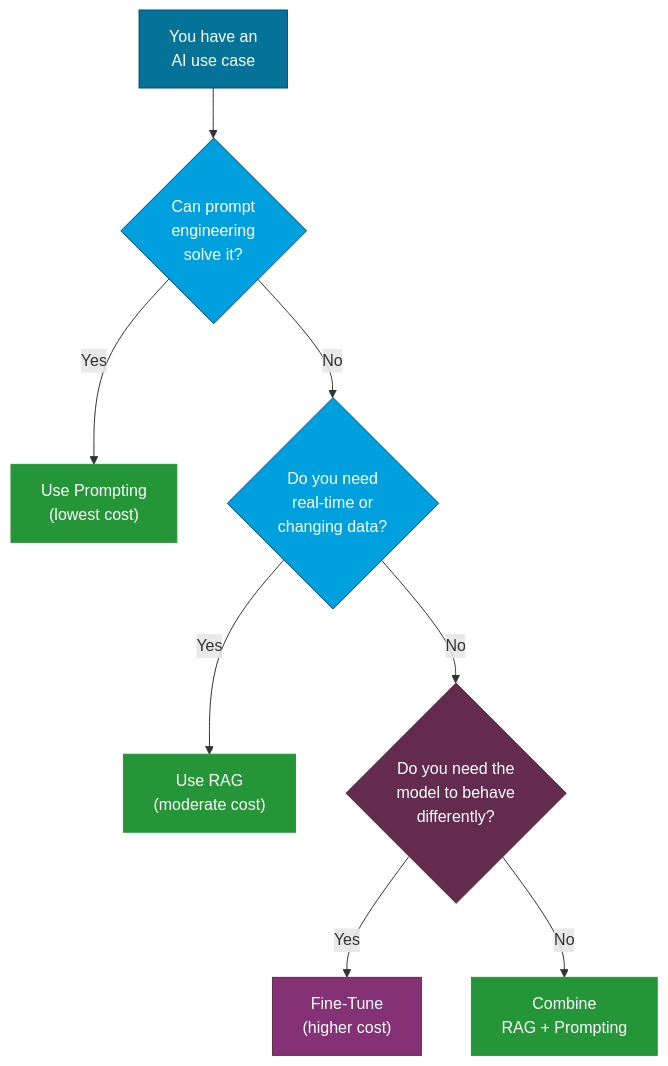
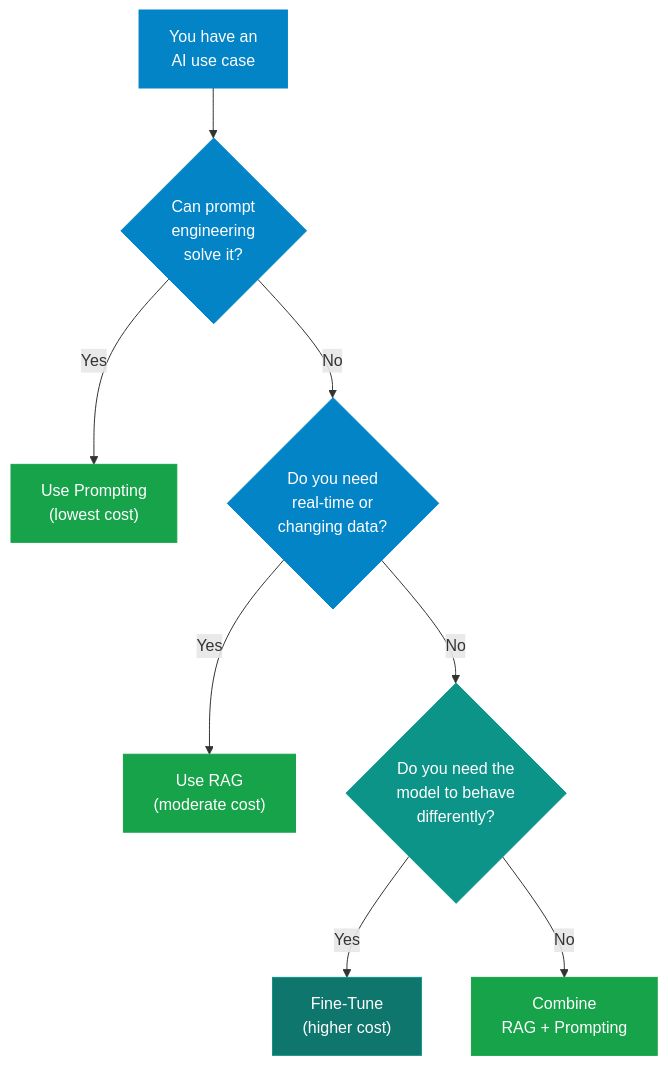
Before and after one commit to nitin27may/ai-resources: the first of 2 diagrams in docs/concepts/fine-tuning-and-training.md, drawn with Mermaid. The commit also changed other lines of this file and 84 other files, not shown here.

````diff
--- a/docs/concepts/fine-tuning-and-training.md
+++ b/docs/concepts/fine-tuning-and-training.md
@@ -18,19 +23,19 @@
 ```mermaid
 graph TD
-    A["You have an\nAI use case"] --> B{"Can prompt\nengineering\nsolve it?"}
-    B -->|"Yes"| C["Use Prompting\n(lowest cost)"]
-    B -->|"No"| D{"Do you need\nreal-time or\nchanging data?"}
-    D -->|"Yes"| E["Use RAG\n(moderate cost)"]
-    D -->|"No"| F{"Do you need the\nmodel to behave\ndifferently?"}
-    F -->|"Yes"| G["Fine-Tune\n(higher cost)"]
-    F -->|"No"| H["Combine\nRAG + Prompting"]
+    A["You have an<br/>AI use case"] --> B{"Can prompt<br/>engineering<br/>solve it?"}
+    B -->|"Yes"| C["Use Prompting<br/>(lowest cost)"]
+    B -->|"No"| D{"Do you need<br/>real-time or<br/>changing data?"}
+    D -->|"Yes"| E["Use RAG<br/>(moderate cost)"]
+    D -->|"No"| F{"Do you need the<br/>model to behave<br/>differently?"}
+    F -->|"Yes"| G["Fine-Tune<br/>(higher cost)"]
+    F -->|"No"| H["Combine<br/>RAG + Prompting"]
 
-    style A fill:#057398,stroke:#004987,color:#fff
-    style B fill:#00A0DF,stroke:#004987,color:#fff
-    style C fill:#259638,stroke:#259638,color:#fff
-    style D fill:#00A0DF,stroke:#004987,color:#fff
-    style E fill:#259638,stroke:#259638,color:#fff
-    style F fill:#632C4F,stroke:#632C4F,color:#fff
-    style G fill:#853175,stroke:#632C4F,color:#fff
-    style H fill:#259638,stroke:#259638,color:#fff
+    style A fill:#0284c7,stroke:#0284c7,color:#fff
+    style B fill:#0284c7,stroke:#0284c7,color:#fff
+    style C fill:#16a34a,stroke:#16a34a,color:#fff
+    style D fill:#0284c7,stroke:#0284c7,color:#fff
+    style E fill:#16a34a,stroke:#16a34a,color:#fff
+    style F fill:#0d9488,stroke:#0d9488,color:#fff
+    style G fill:#0f766e,stroke:#0d9488,color:#fff
+    style H fill:#16a34a,stroke:#16a34a,color:#fff
 ```
````
